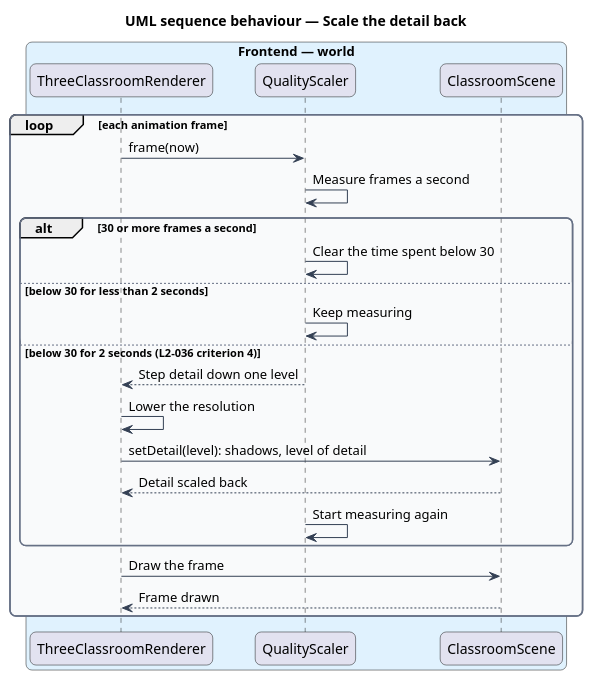
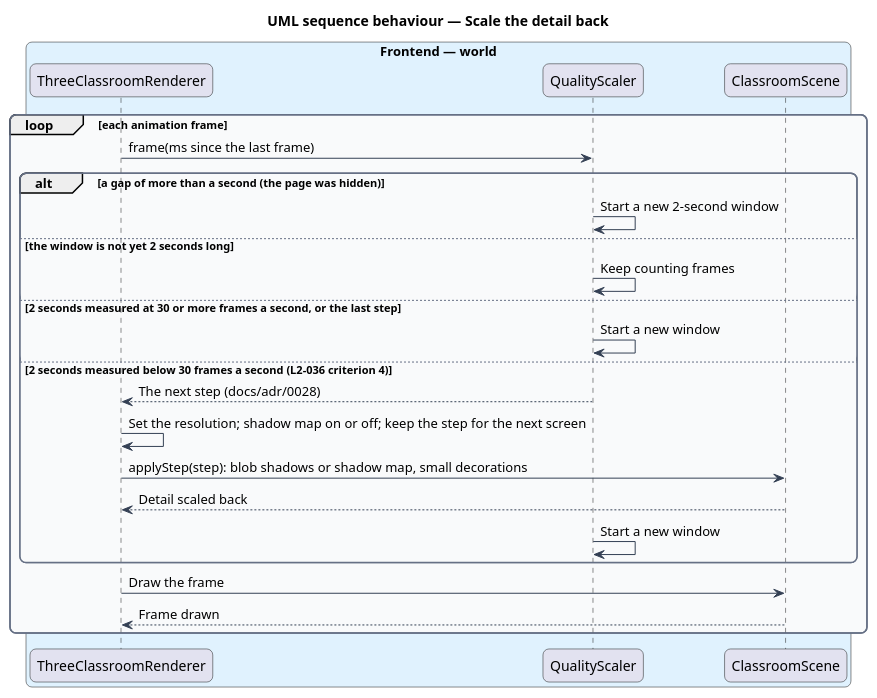
Before and after one commit to QuinntyneBrown/around-the-world: the diagram in docs/detailed-designs/classroom/draw-classroom/diagrams/sequence-scale-detail-back.puml, drawn with PlantUML. The commit also changed 12 other files, not shown here.

```diff
--- a/docs/detailed-designs/classroom/draw-classroom/diagrams/sequence-scale-detail-back.puml
+++ b/docs/detailed-designs/classroom/draw-classroom/diagrams/sequence-scale-detail-back.puml
@@ -1,39 +1,40 @@
 @startuml
 title UML sequence behaviour — Scale the detail back
 skinparam backgroundColor #FFFFFF
 skinparam shadowing false
 skinparam roundcorner 12
 skinparam defaultFontName Arial
 skinparam ArrowColor #344054
 skinparam rectangle {
   BorderColor #344054
   FontColor #101828
 }
 skinparam package {
   BorderColor #667085
   FontColor #101828
   BackgroundColor #F9FAFB
 }
 box "Frontend — world" #E0F2FE
   participant "ThreeClassroomRenderer" as renderer
   participant "QualityScaler" as scaler
   participant "ClassroomScene" as scene
 end box
 loop each animation frame
-  renderer -> scaler : frame(now)
-  scaler -> scaler : Measure frames a second
-  alt 30 or more frames a second
-    scaler -> scaler : Clear the time spent below 30
-  else below 30 for less than 2 seconds
-    scaler -> scaler : Keep measuring
-  else below 30 for 2 seconds (L2-036 criterion 4)
-    scaler --> renderer : Step detail down one level
-    renderer -> renderer : Lower the resolution
-    renderer -> scene : setDetail(level): shadows, level of detail
+  renderer -> scaler : frame(ms since the last frame)
+  alt a gap of more than a second (the page was hidden)
+    scaler -> scaler : Start a new 2-second window
+  else the window is not yet 2 seconds long
+    scaler -> scaler : Keep counting frames
+  else 2 seconds measured at 30 or more frames a second, or the last step
+    scaler -> scaler : Start a new window
+  else 2 seconds measured below 30 frames a second (L2-036 criterion 4)
+    scaler --> renderer : The next step (docs/adr/0028)
+    renderer -> renderer : Set the resolution; shadow map on or off; keep the step for the next screen
+    renderer -> scene : applyStep(step): blob shadows or shadow map, small decorations
     scene --> renderer : Detail scaled back
-    scaler -> scaler : Start measuring again
+    scaler -> scaler : Start a new window
   end
   renderer -> scene : Draw the frame
   scene --> renderer : Frame drawn
 end
 @enduml
```
